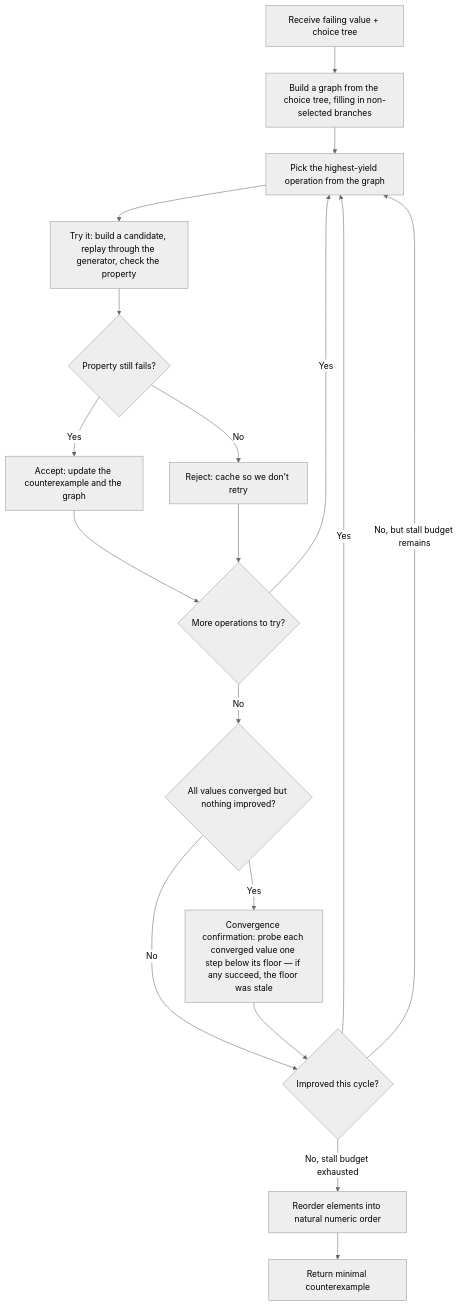
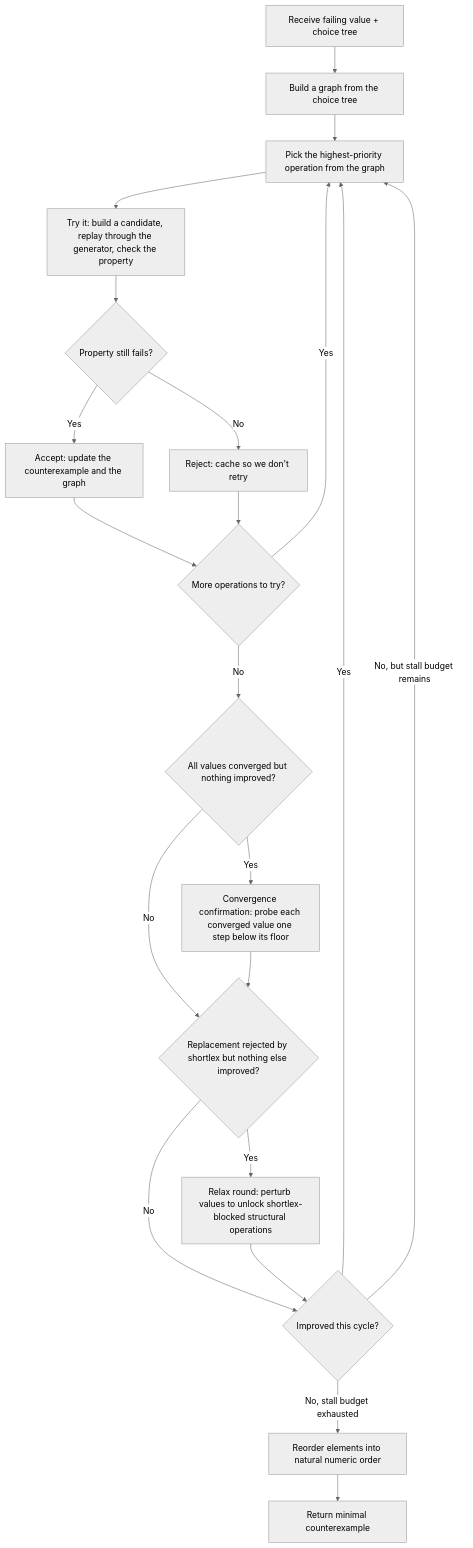
Before and after one commit to nesevis/exhaust: the diagram in docs/REDUCTION_PIPELINE.md, drawn with Mermaid (neutral theme). The commit also changed other lines of this file and 1 other file, not shown here.

Commit message:
Simplify convergence confirmation

````diff
--- a/docs/REDUCTION_PIPELINE.md
+++ b/docs/REDUCTION_PIPELINE.md
@@ -9,33 +9,39 @@
 ```mermaid
 flowchart TD
     ENTRY["Receive failing value + choice tree"] --> BUILD
-    BUILD["Build a graph from the choice tree, filling in non-selected branches"] --> PICK
+    BUILD["Build a graph from the choice tree"] --> PICK
 
-    PICK["Pick the highest-yield operation from the graph"] --> TRY
+    PICK["Pick the highest-priority operation from the graph"] --> TRY
     TRY["Try it: build a candidate, replay through the generator, check the property"] --> ACCEPTED
 
     ACCEPTED{"Property still fails?"}
     ACCEPTED -->|"Yes"| UPDATE["Accept: update the counterexample and the graph"]
     ACCEPTED -->|"No"| CACHE["Reject: cache so we don't retry"]
 
     UPDATE --> MORE
     CACHE --> MORE
 
     MORE{"More operations to try?"}
     MORE -->|"Yes"| PICK
     MORE -->|"No"| CONFIRM
 
     CONFIRM{"All values converged but nothing improved?"}
-    CONFIRM -->|"Yes"| CONFIRM_CHECK["Convergence confirmation: probe each converged value one step below its floor — if any succeed, the floor was stale"]
-    CONFIRM -->|"No"| BUDGET
+    CONFIRM -->|"Yes"| CONFIRM_CHECK["Convergence confirmation: probe each converged value one step below its floor"]
+    CONFIRM -->|"No"| RELAX
 
-    CONFIRM_CHECK --> BUDGET
+    CONFIRM_CHECK --> RELAX
+
+    RELAX{"Replacement rejected by shortlex but nothing else improved?"}
+    RELAX -->|"Yes"| RELAX_ROUND["Relax round: perturb values to unlock shortlex-blocked structural operations"]
+    RELAX -->|"No"| BUDGET
+
+    RELAX_ROUND --> BUDGET
 
     BUDGET{"Improved this cycle?"}
     BUDGET -->|"Yes"| PICK
     BUDGET -->|"No, but stall budget remains"| PICK
     BUDGET -->|"No, stall budget exhausted"| ORDER
 
     ORDER["Reorder elements into natural numeric order"] --> RETURN
     RETURN["Return minimal counterexample"]
 ```
````
